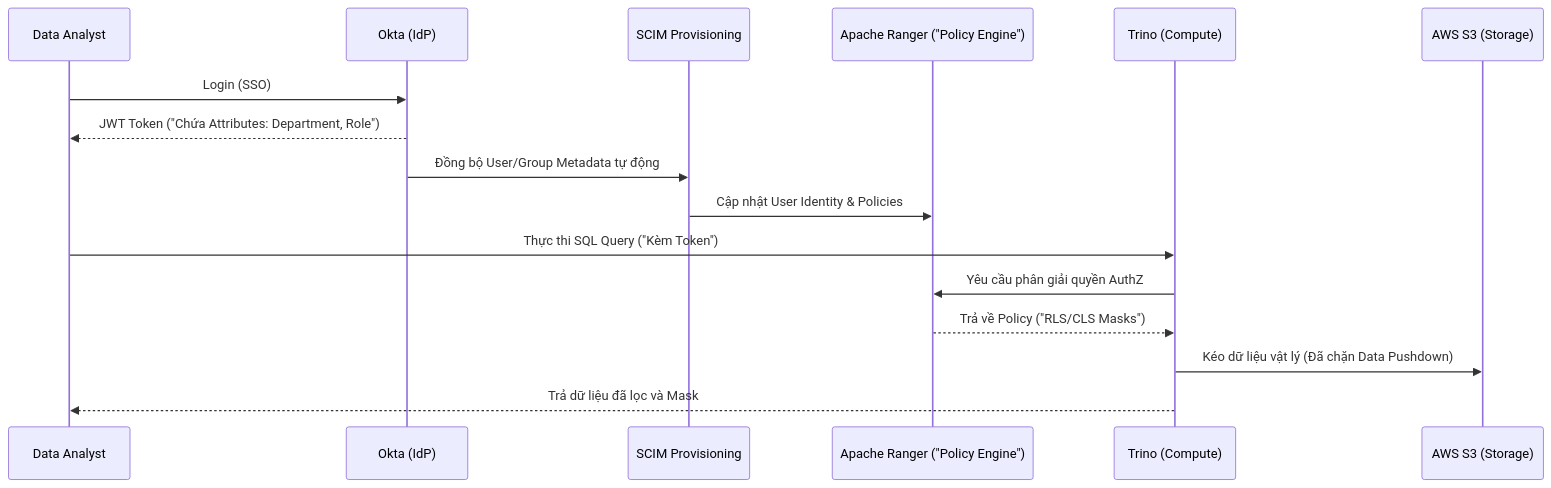
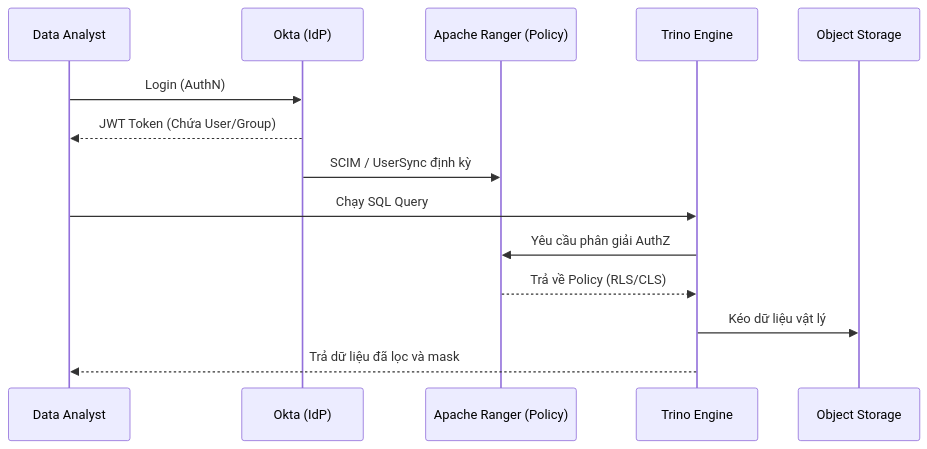
One commit to kythuatdulieu/kythuatdulieu.github.io changed the diagram in src/content/docs/concepts/8-security-governance-finops/access-control.md. Above: the diagram before and after it, drawn with Mermaid. The commit also changed other lines of this file and 1 other file, not shown here.

````diff
--- a/src/content/docs/concepts/8-security-governance-finops/access-control.md
+++ b/src/content/docs/concepts/8-security-governance-finops/access-control.md
@@ -142,19 +112,17 @@
 ```mermaid
 sequenceDiagram
     participant User as Data Analyst
     participant Okta as Okta (IdP)
-    participant SCIM as SCIM Provisioning
-    participant Ranger as Apache Ranger ("Policy Engine")
-    participant Trino as Trino (Compute)
-    participant S3 as AWS S3 (Storage)
+    participant Ranger as Apache Ranger (Policy)
+    participant Trino as Trino Engine
+    participant S3 as Object Storage
 
-    User->>Okta: Login (SSO)
-    Okta-->>User: JWT Token ("Chứa Attributes: Department, Role")
-    Okta->>SCIM: Đồng bộ User/Group Metadata tự động
-    SCIM->>Ranger: Cập nhật User Identity & Policies
-    User->>Trino: Thực thi SQL Query ("Kèm Token")
-    Trino->>Ranger: Yêu cầu phân giải quyền AuthZ
-    Ranger-->>Trino: Trả về Policy ("RLS/CLS Masks")
-    Trino->>S3: Kéo dữ liệu vật lý (Đã chặn Data Pushdown)
-    Trino-->>User: Trả dữ liệu đã lọc và Mask
+    User->>Okta: Login (AuthN)
+    Okta-->>User: JWT Token (Chứa User/Group)
+    Okta->>Ranger: SCIM / UserSync định kỳ
+    User->>Trino: Chạy SQL Query
+    Trino->>Ranger: Yêu cầu phân giải AuthZ
+    Ranger-->>Trino: Trả về Policy (RLS/CLS)
+    Trino->>S3: Kéo dữ liệu vật lý
+    Trino-->>User: Trả dữ liệu đã lọc và mask
 ```
````
